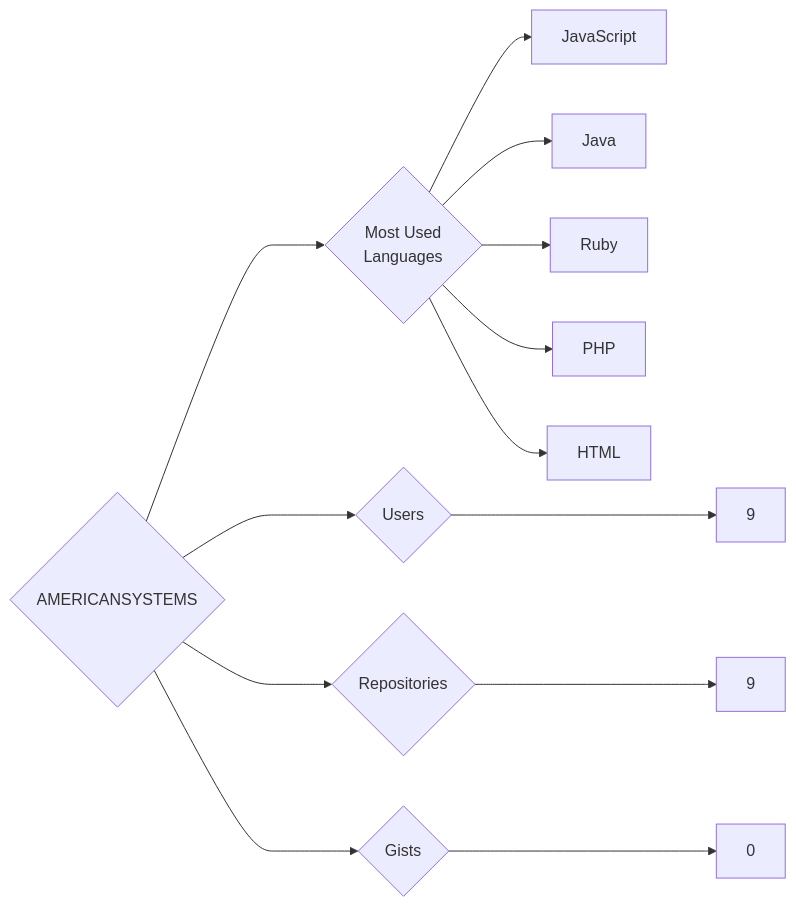
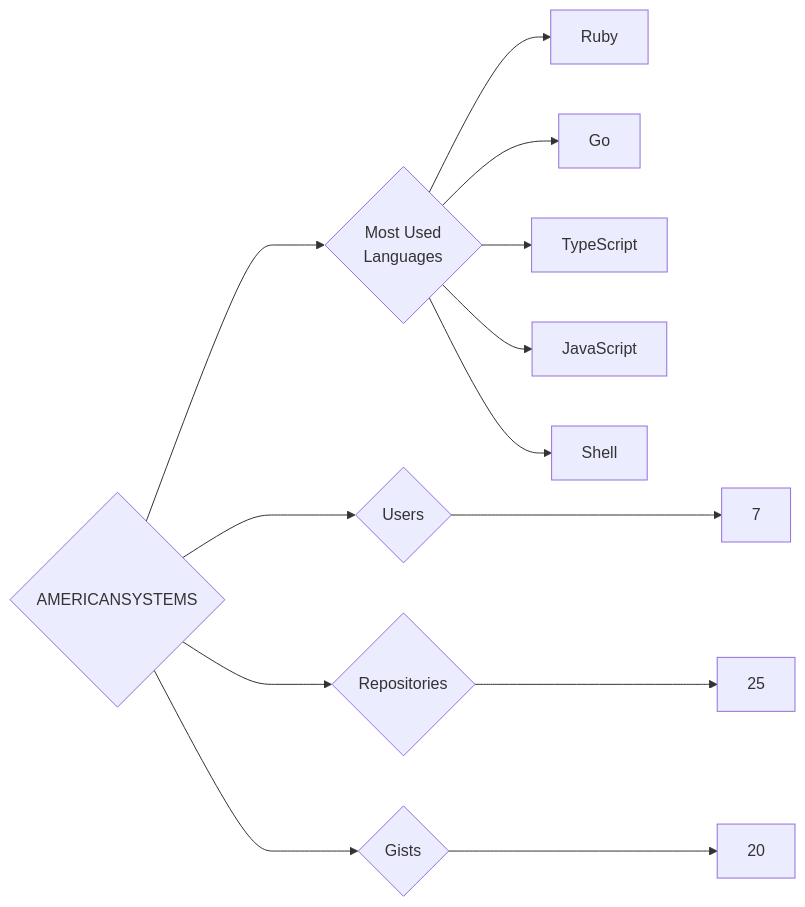
One commit to trickest/insiders changed the diagram in targets/AMERICANSYSTEMS/README.md. Above: the diagram before and after it, drawn with Mermaid. The commit also changed 1195 other files, not shown here.

````diff
--- a/targets/AMERICANSYSTEMS/README.md
+++ b/targets/AMERICANSYSTEMS/README.md
@@ -3,13 +3,13 @@
 ```mermaid
 graph LR
 COMPANY_NAME{AMERICANSYSTEMS}
-COMPANY_NAME ---> U{Users} ---> UN[9]
-COMPANY_NAME ---> R{Repositories} ---> RN[9]
-COMPANY_NAME ---> G{Gists} ---> GN[0]
+COMPANY_NAME ---> U{Users} ---> UN[7]
+COMPANY_NAME ---> R{Repositories} ---> RN[25]
+COMPANY_NAME ---> G{Gists} ---> GN[20]
 COMPANY_NAME ---> ML{Most Used<br>Languages}
+ML --> Ruby[Ruby]
+ML --> Go[Go]
+ML --> TypeScript[TypeScript]
 ML --> JavaScript[JavaScript]
-ML --> Java[Java]
-ML --> Ruby[Ruby]
-ML --> PHP[PHP]
-ML --> HTML[HTML]
+ML --> Shell[Shell]
 ```
````
